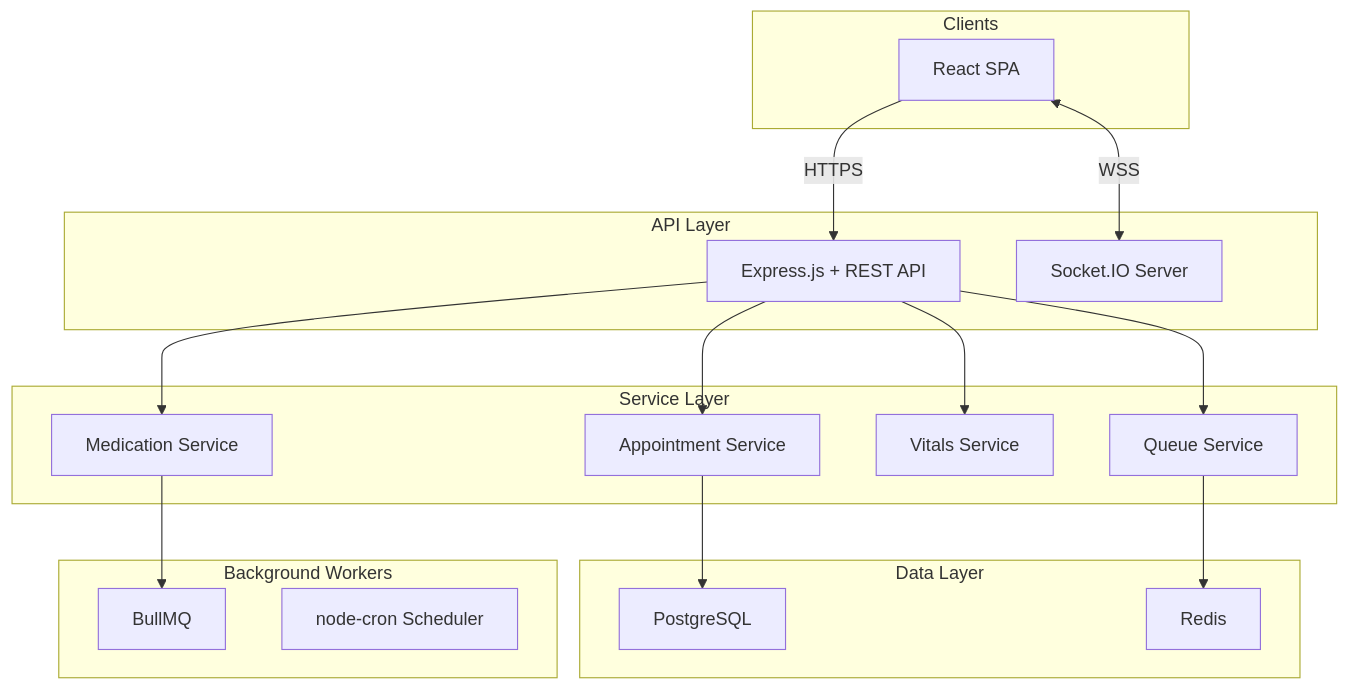
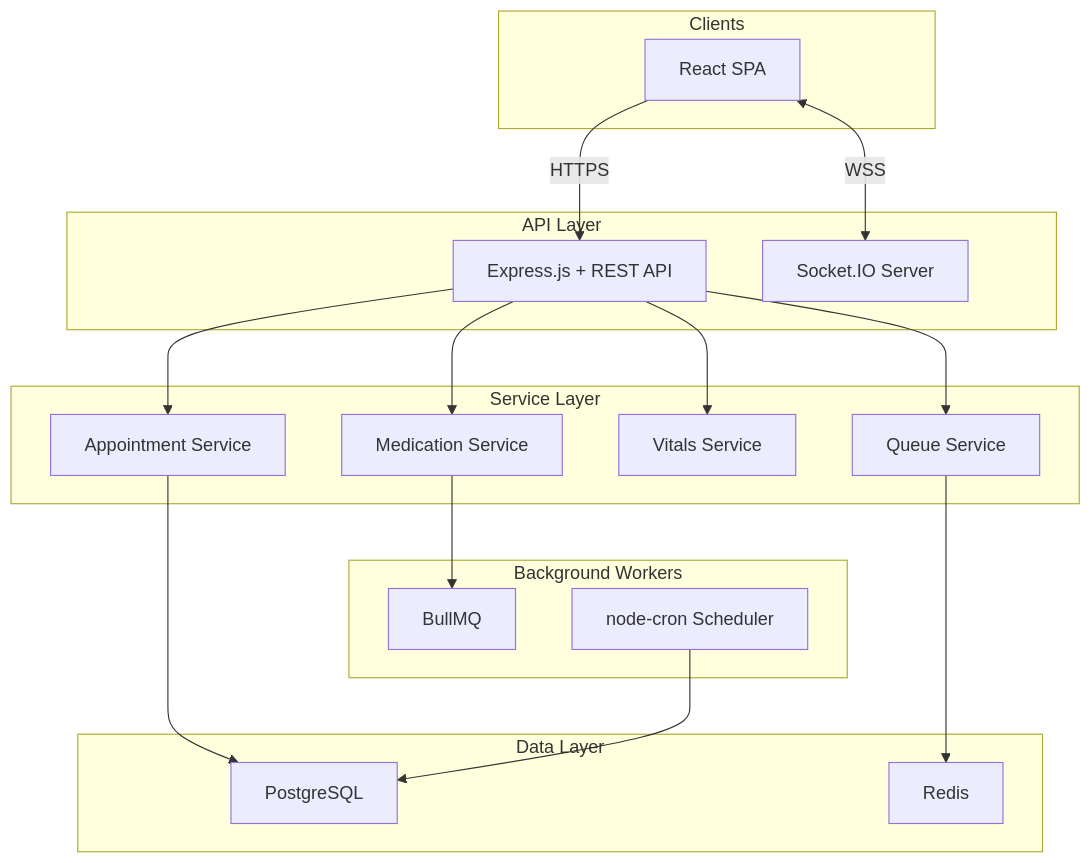
Before and after one commit to rajan-sc/Smart-Care: the diagram in README.md, drawn with Mermaid. The commit also changed other lines of this file and 3 other files, not shown here.

````diff
--- a/README.md
+++ b/README.md
@@ -88,40 +97,41 @@
 ```mermaid
 graph TB
     subgraph Clients
         WEB["React SPA"]
     end
 
     subgraph API_Gateway["API Layer"]
         EXP["Express.js + REST API"]
         SIO["Socket.IO Server"]
     end
 
     subgraph Services["Service Layer"]
         APPT["Appointment Service"]
         MED["Medication Service"]
         VIT["Vitals Service"]
         QUEUE["Queue Service"]
     end
 
     subgraph Data["Data Layer"]
         PG["PostgreSQL"]
         REDIS["Redis"]
     end
 
     subgraph Workers["Background Workers"]
         BULL["BullMQ"]
         CRON["node-cron Scheduler"]
     end
 
     WEB -->|HTTPS| EXP
     WEB <-->|WSS| SIO
 
     EXP --> APPT
     EXP --> MED
     EXP --> VIT
     EXP --> QUEUE
 
     APPT --> PG
     QUEUE --> REDIS
     MED --> BULL
+    CRON --> PG
 ```
````
